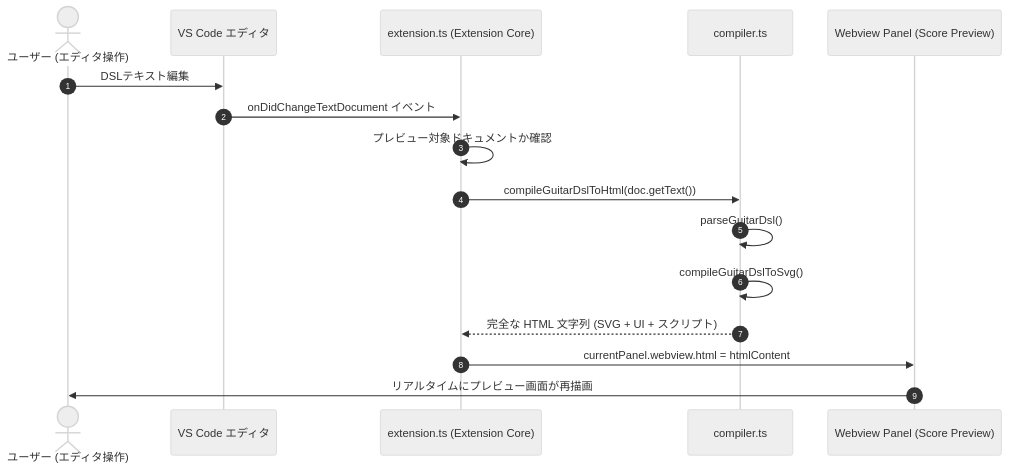
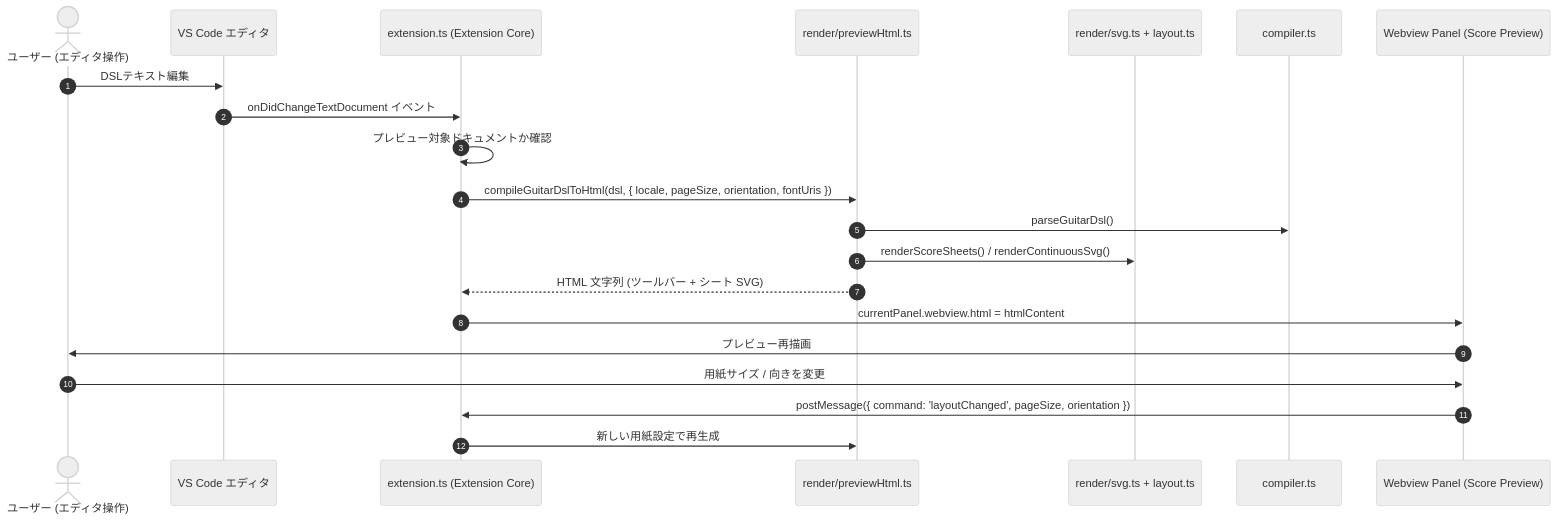
Before and after one commit to puchinya/vscode-guitar-dsl: the second of 3 diagrams in docs/design/architecture.md, drawn with Mermaid (neutral theme). The commit also changed other lines of this file and 21 other files, not shown here.

````diff
--- a/docs/design/architecture.md
+++ b/docs/design/architecture.md
@@ -140,19 +158,24 @@
 ```mermaid
 sequenceDiagram
     autonumber
     actor User as ユーザー (エディタ操作)
     participant Editor as VS Code エディタ
     participant Ext as extension.ts (Extension Core)
+    participant Html as render/previewHtml.ts
+    participant Svg as render/svg.ts + layout.ts
     participant Comp as compiler.ts
     participant WV as Webview Panel (Score Preview)
 
     User->>Editor: DSLテキスト編集
     Editor->>Ext: onDidChangeTextDocument イベント
     Ext->>Ext: プレビュー対象ドキュメントか確認
-    Ext->>Comp: compileGuitarDslToHtml(doc.getText())
-    Comp->>Comp: parseGuitarDsl()
-    Comp->>Comp: compileGuitarDslToSvg()
-    Comp-->>Ext: 完全な HTML 文字列 (SVG + UI + スクリプト)
+    Ext->>Html: compileGuitarDslToHtml(dsl, { locale, pageSize, orientation, fontUris })
+    Html->>Comp: parseGuitarDsl()
+    Html->>Svg: renderScoreSheets() / renderContinuousSvg()
+    Html-->>Ext: HTML 文字列 (ツールバー + シート SVG)
     Ext->>WV: currentPanel.webview.html = htmlContent
-    WV->>User: リアルタイムにプレビュー画面が再描画
+    WV->>User: プレビュー再描画
+    User->>WV: 用紙サイズ / 向きを変更
+    WV->>Ext: postMessage({ command: 'layoutChanged', pageSize, orientation })
+    Ext->>Html: 新しい用紙設定で再生成
 ```
````
